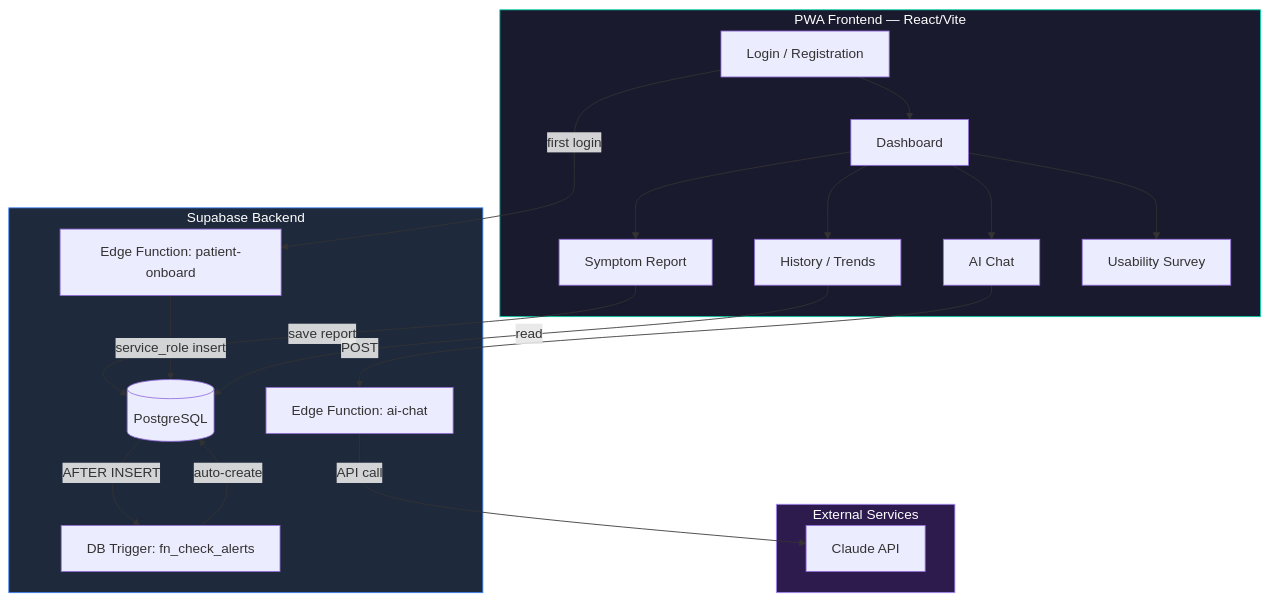
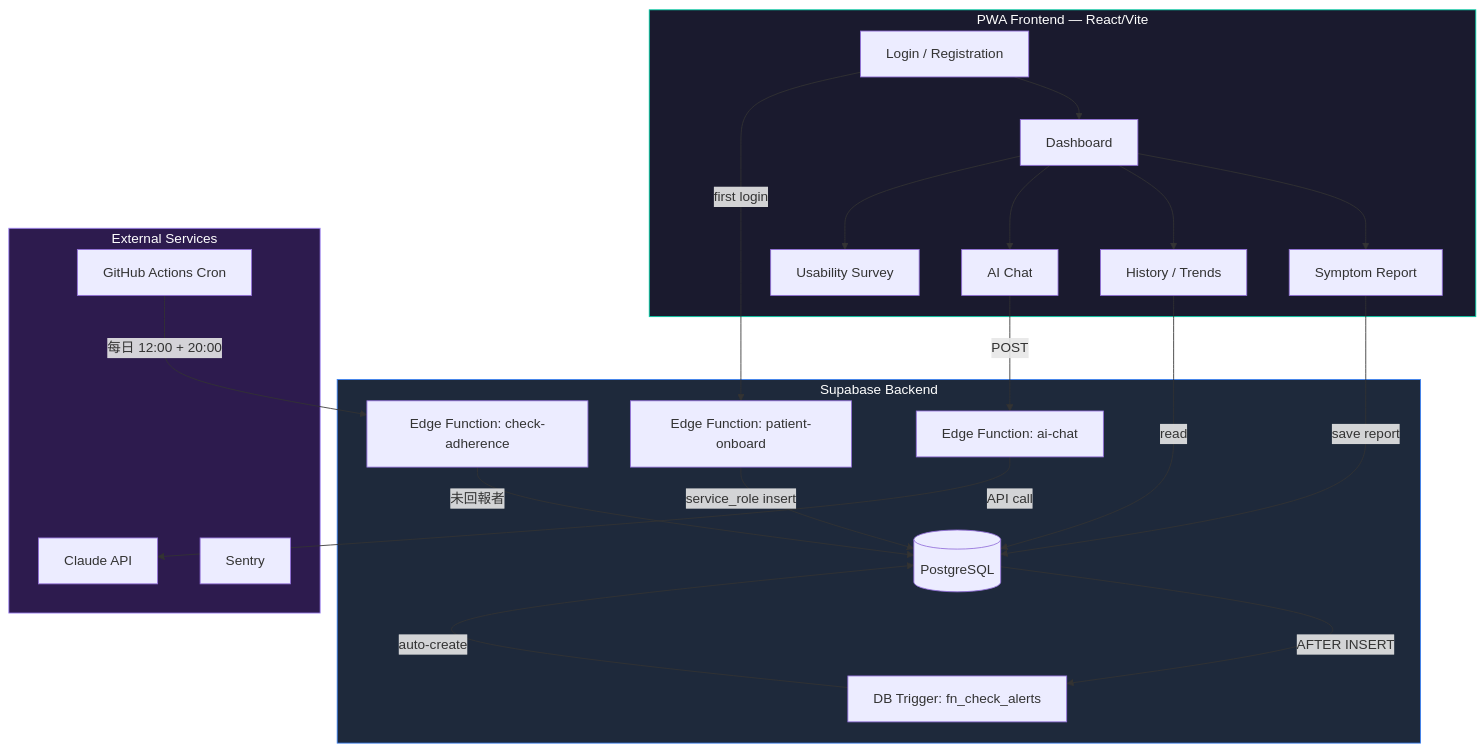
Before and after one commit to odafeng/Hemorrhoids_PostOp: the diagram in README.md, drawn with Mermaid. The commit also changed other lines of this file and 2 other files, not shown here.

````diff
--- a/README.md
+++ b/README.md
@@ -8,34 +8,39 @@
 ```mermaid
 graph TD
   subgraph Client[PWA Frontend — React/Vite]
     A[Login / Registration] --> B[Dashboard]
     B --> C[Symptom Report]
     B --> D[History / Trends]
     B --> E[AI Chat]
     B --> F[Usability Survey]
   end
 
   subgraph Supabase[Supabase Backend]
     G[(PostgreSQL)]
     H[Edge Function: ai-chat]
     I[Edge Function: patient-onboard]
     J[DB Trigger: fn_check_alerts]
+    L[Edge Function: check-adherence]
   end
 
   subgraph External[External Services]
     K[Claude API]
+    M[Sentry]
+    N[GitHub Actions Cron]
   end
 
   C -- save report --> G
   G -- AFTER INSERT --> J
   J -- auto-create --> G
   E -- POST --> H
   H -- API call --> K
   A -- first login --> I
   I -- service_role insert --> G
   D -- read --> G
+  N -- 每日 12:00 + 20:00 --> L
+  L -- 未回報者 --> G
 
   style Client fill:#1a1a2e,stroke:#00d4aa,color:#fff
   style Supabase fill:#1e293b,stroke:#3b82f6,color:#fff
   style External fill:#2d1b4e,stroke:#a78bfa,color:#fff
 ```
````
